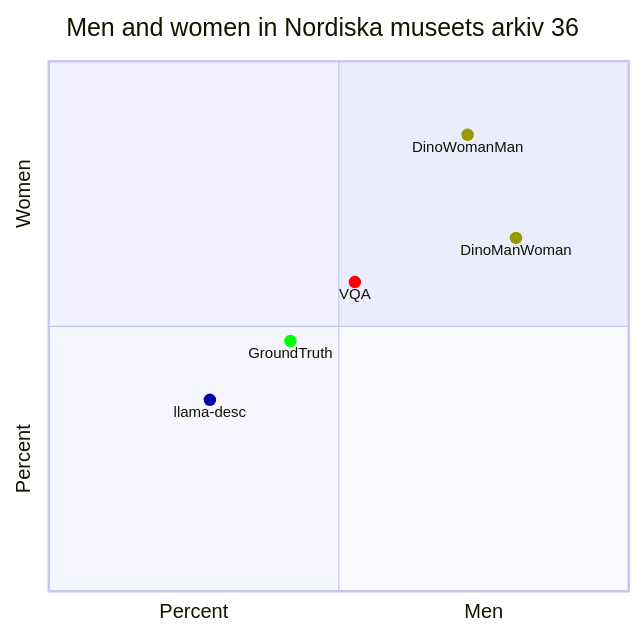
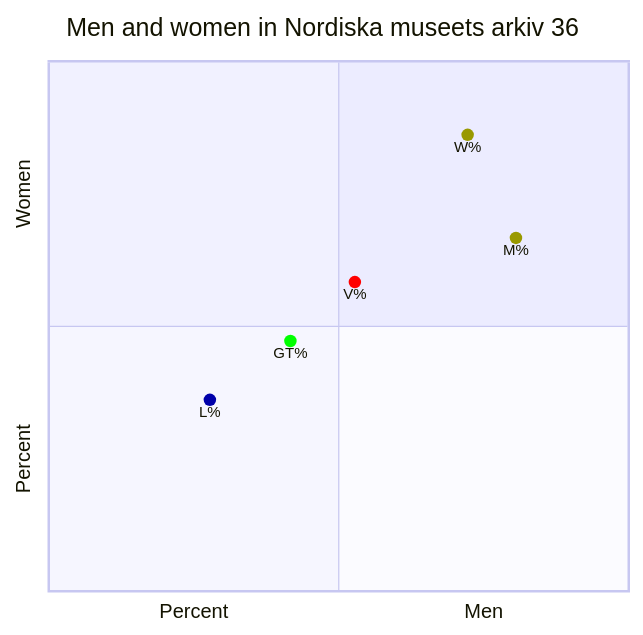
Before and after one commit to Modern36/tropes_1500: diagram 11 of 11 in browser/scatter.md, drawn with Mermaid. The commit also changed other lines of this file and 1 other file, not shown here.

````diff
--- a/browser/scatter.md
+++ b/browser/scatter.md
@@ -175,12 +172,12 @@
 ```mermaid
 quadrantChart
     title Men and women in Nordiska museets arkiv 36
     x-axis Percent --> Men
     y-axis Percent --> Women
-    DinoManWoman: [0.8055555555555556, 0.6666666666666666] color: #999900
-    DinoWomanMan: [0.7222222222222222, 0.8611111111111112] color: #999900
-    GroundTruth: [0.4166666666666667, 0.4722222222222222] color: #00FF00
-    VQA: [0.5277777777777778, 0.5833333333333334] color: #FF0000
-    llama-desc: [0.2777777777777778, 0.3611111111111111] color: #0000AA
+    M%: [0.8055555555555556, 0.6666666666666666] color: #999900
+    W%: [0.7222222222222222, 0.8611111111111112] color: #999900
+    GT%: [0.4166666666666667, 0.4722222222222222] color: #00FF00
+    V%: [0.5277777777777778, 0.5833333333333334] color: #FF0000
+    L%: [0.2777777777777778, 0.3611111111111111] color: #0000AA
 
 ```
````
